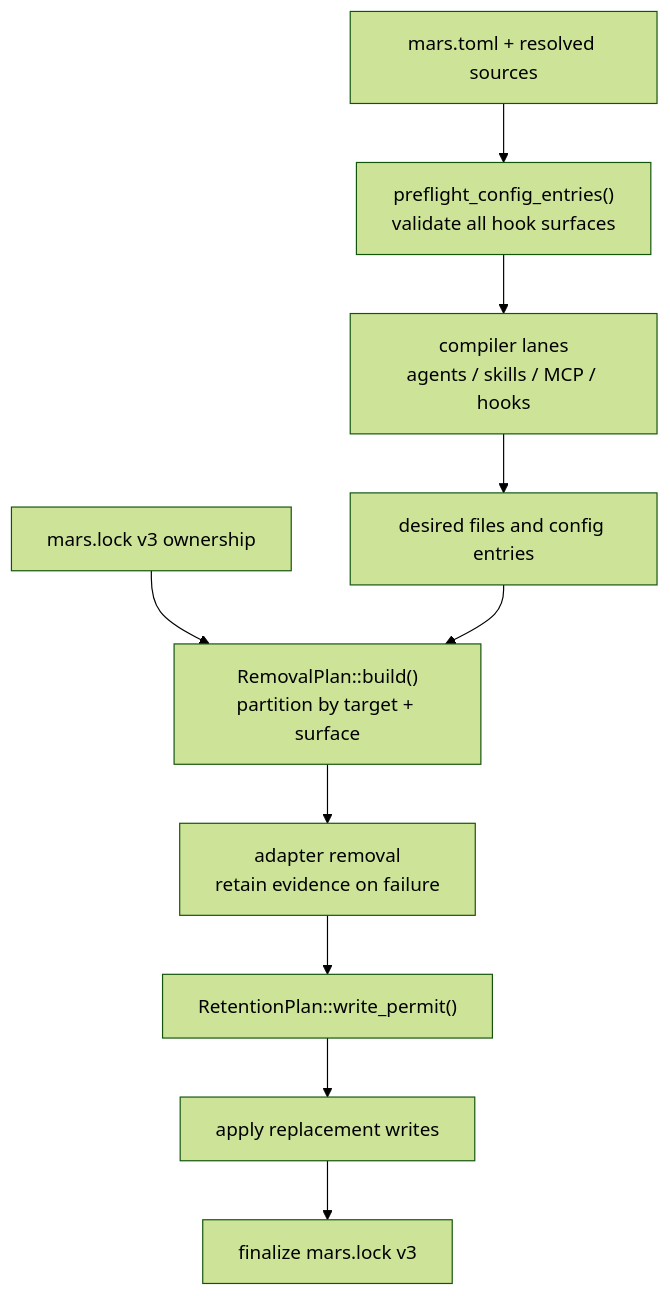
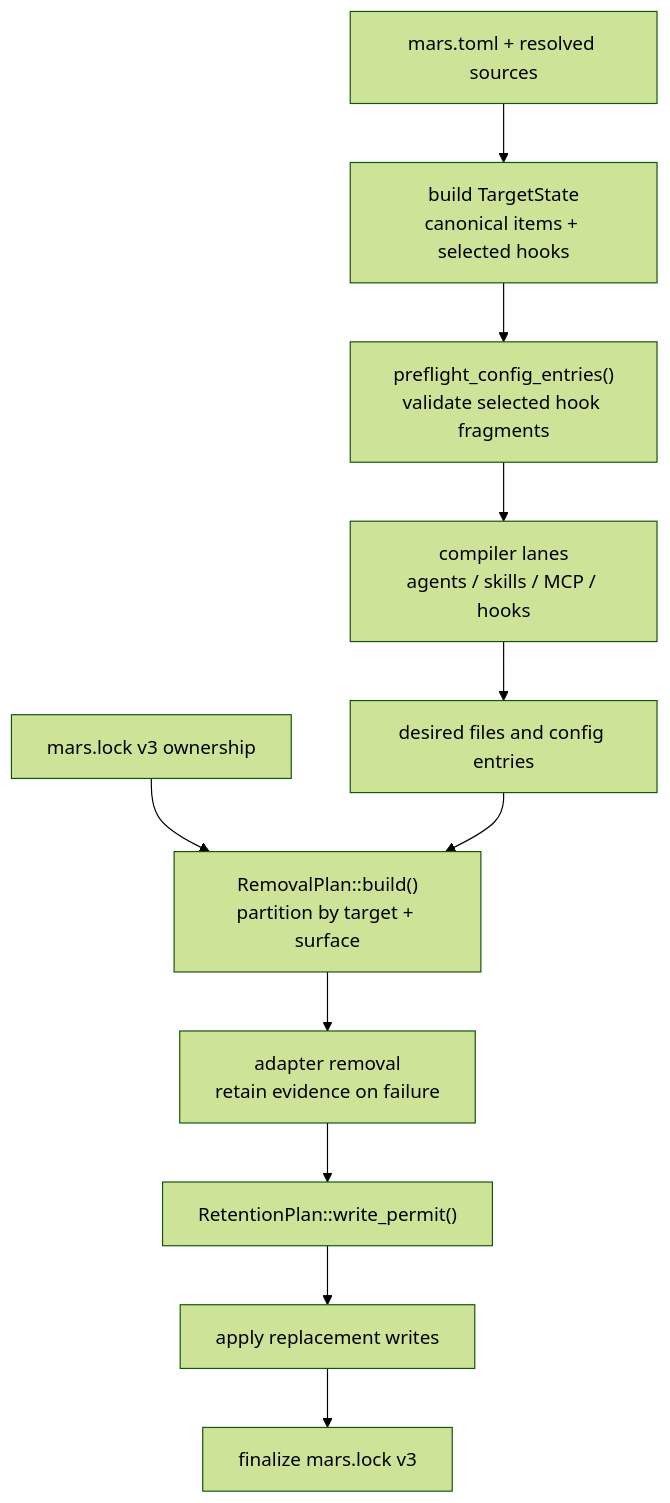
Before and after one commit to haowjy/meridian-cli-kb: the diagram in kb/architecture/mars-compiler.md, drawn with Mermaid (forest theme). The commit also changed other lines of this file and 5 other files, not shown here.

````diff
--- a/kb/architecture/mars-compiler.md
+++ b/kb/architecture/mars-compiler.md
@@ -51,16 +51,18 @@
 ```mermaid
 graph TD
-    TOML["mars.toml + resolved sources"] --> PREFLIGHT["preflight_config_entries()
-validate all hook surfaces"]
+    TOML["mars.toml + resolved sources"] --> TARGET["build TargetState
+canonical items + selected hooks"]
+    TARGET --> PREFLIGHT["preflight_config_entries()
+validate selected hook fragments"]
     PREFLIGHT --> COMPILE["compiler lanes
 agents / skills / MCP / hooks"]
     COMPILE --> DESIRED["desired files and config entries"]
     OLD["mars.lock v3 ownership"] --> PLAN["RemovalPlan::build()
 partition by target + surface"]
     DESIRED --> PLAN
     PLAN --> REMOVE["adapter removal
 retain evidence on failure"]
     REMOVE --> PERMIT["RetentionPlan::write_permit()"]
     PERMIT --> WRITE["apply replacement writes"]
     WRITE --> LOCK["finalize mars.lock v3"]
 ```
````
